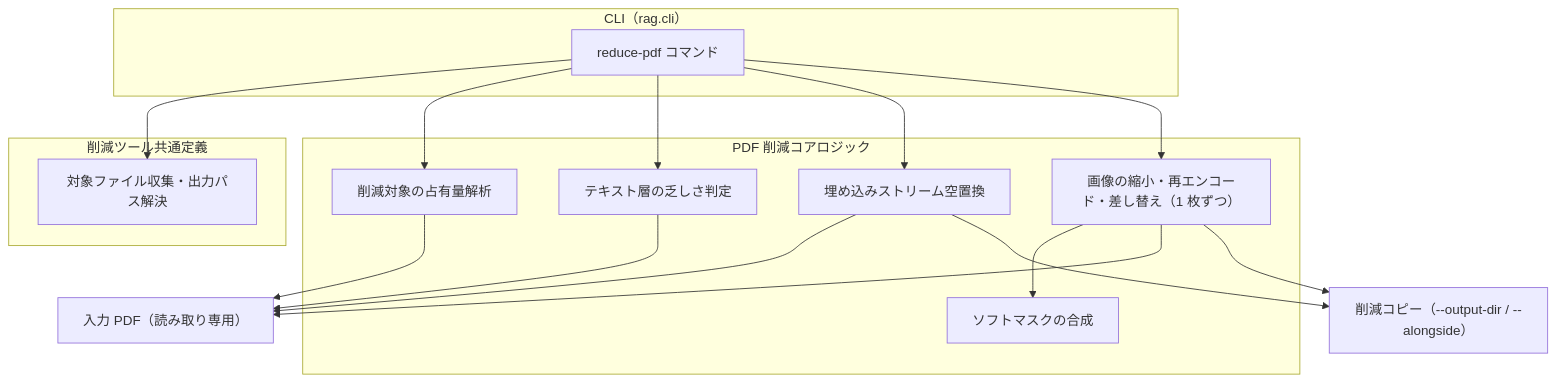
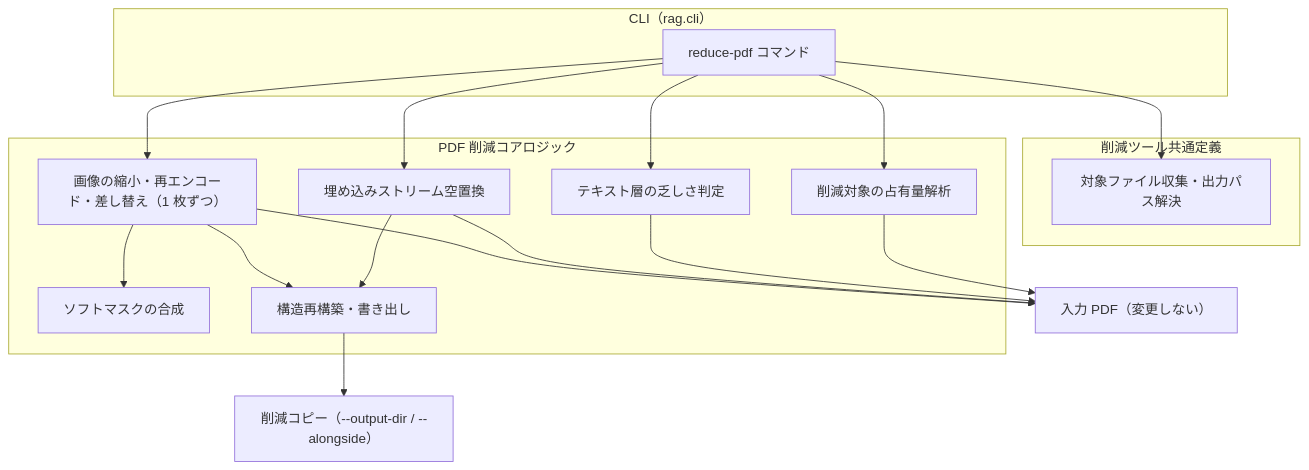
The diagram in docs/specs/infrastructure/pdf-media-reduction.md (becky3/rag-knowledge), drawn with Mermaid before and after one commit. The commit also changed other lines of this file and 4 other files, not shown here.

````diff
--- a/docs/specs/infrastructure/pdf-media-reduction.md
+++ b/docs/specs/infrastructure/pdf-media-reduction.md
@@ -90,34 +92,36 @@
 ```mermaid
 flowchart TB
     subgraph CLI["CLI（rag.cli）"]
         CMD["reduce-pdf コマンド"]
     end
 
     subgraph Shared["削減ツール共通定義"]
         COLLECT["対象ファイル収集・出力パス解決"]
     end
 
     subgraph Core["PDF 削減コアロジック"]
         ANALYZE["削減対象の占有量解析"]
         SCAN["テキスト層の乏しさ判定"]
         REDUCE["埋め込みストリーム空置換"]
         IMAGE["画像の縮小・再エンコード・差し替え（1 枚ずつ）"]
         MASK["ソフトマスクの合成"]
+        SAVE["構造再構築・書き出し"]
     end
 
-    SRC["入力 PDF（読み取り専用）"]
+    SRC["入力 PDF（変更しない）"]
     DST["削減コピー（--output-dir / --alongside）"]
 
     CMD --> COLLECT
     CMD --> ANALYZE
     CMD --> SCAN
     CMD --> REDUCE
     CMD --> IMAGE
     IMAGE --> MASK
     ANALYZE --> SRC
     SCAN --> SRC
     REDUCE --> SRC
     IMAGE --> SRC
-    REDUCE --> DST
-    IMAGE --> DST
+    REDUCE --> SAVE
+    IMAGE --> SAVE
+    SAVE --> DST
 ```
````
